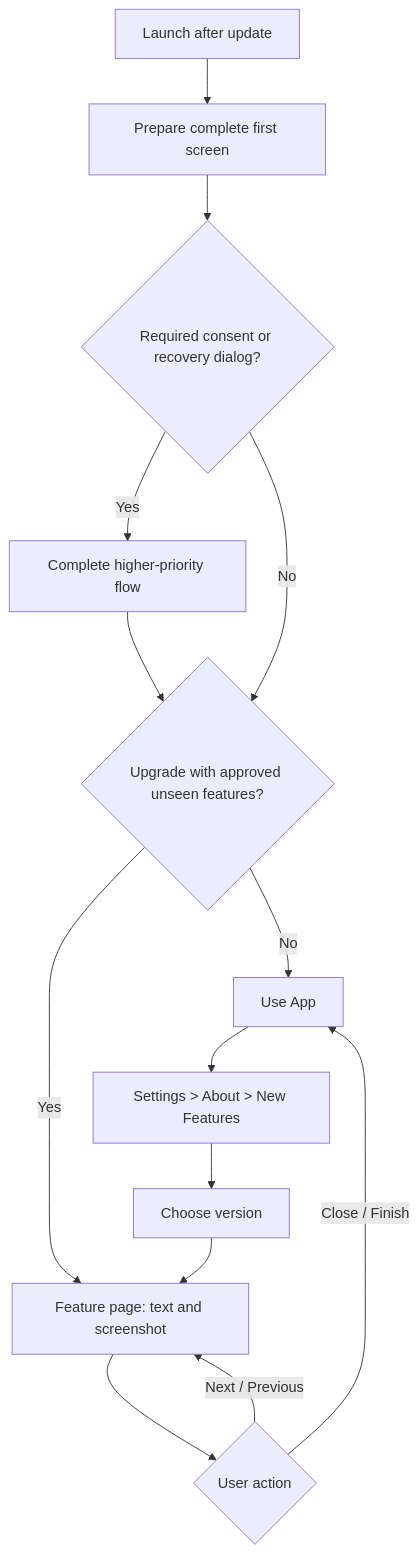
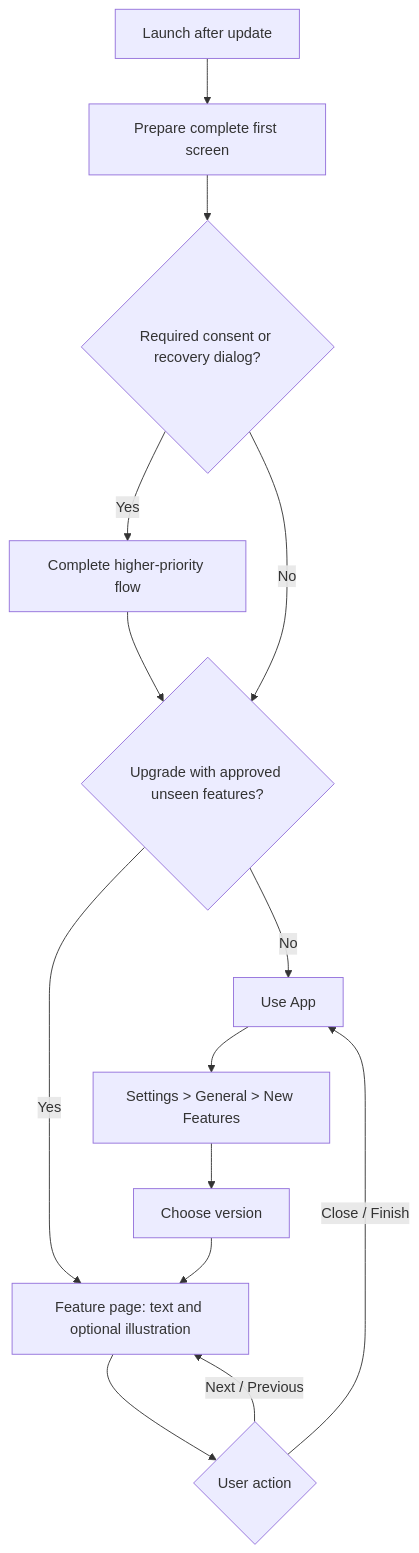
The diagram in docs/feature-tour-flow.md (Clench5676/BA-student-manager), drawn with Mermaid before and after one commit. The commit also changed other lines of this file and 21 other files, not shown here.

Commit message:
feat(gui): add profile-aware feature tours and Settings replay

````diff
--- a/docs/feature-tour-flow.md
+++ b/docs/feature-tour-flow.md
@@ -19,16 +37,16 @@
 ```mermaid
 flowchart TD
     A[Launch after update] --> B[Prepare complete first screen]
     B --> C{Required consent or recovery dialog?}
     C -->|Yes| D[Complete higher-priority flow]
     D --> E{Upgrade with approved unseen features?}
     C -->|No| E
     E -->|No| F[Use App]
-    E -->|Yes| G[Feature page: text and screenshot]
+    E -->|Yes| G[Feature page: text and optional illustration]
     G --> H{User action}
     H -->|Next / Previous| G
     H -->|Close / Finish| F
-    F --> I[Settings > About > New Features]
+    F --> I[Settings > General > New Features]
     I --> J[Choose version]
     J --> G
 ```
````
